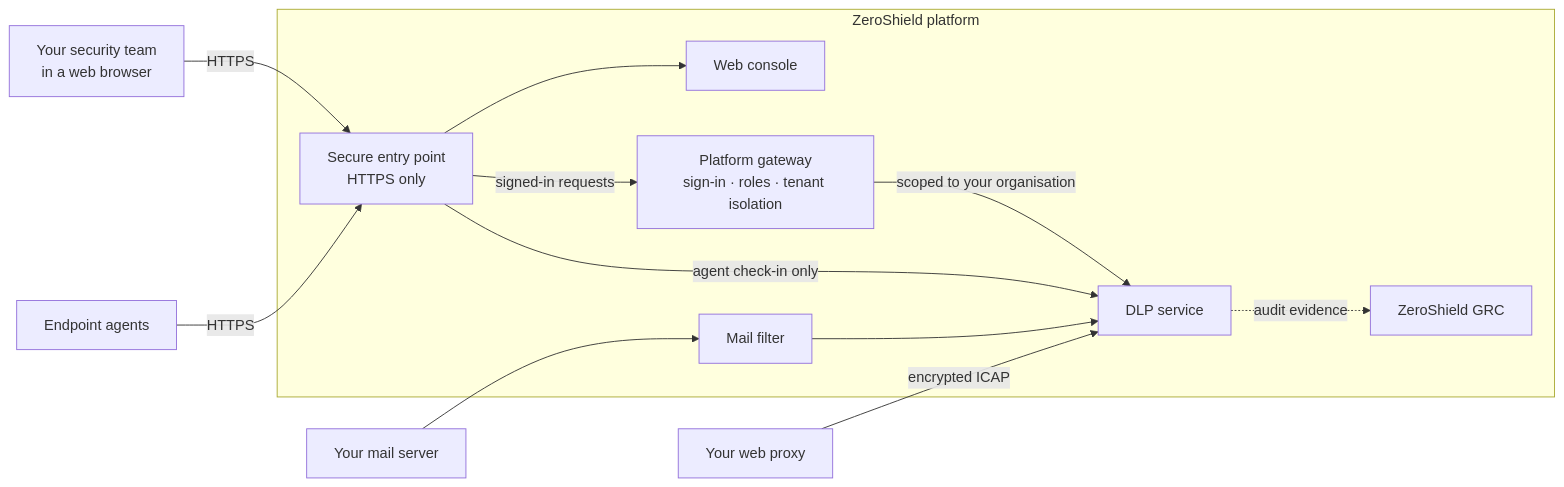
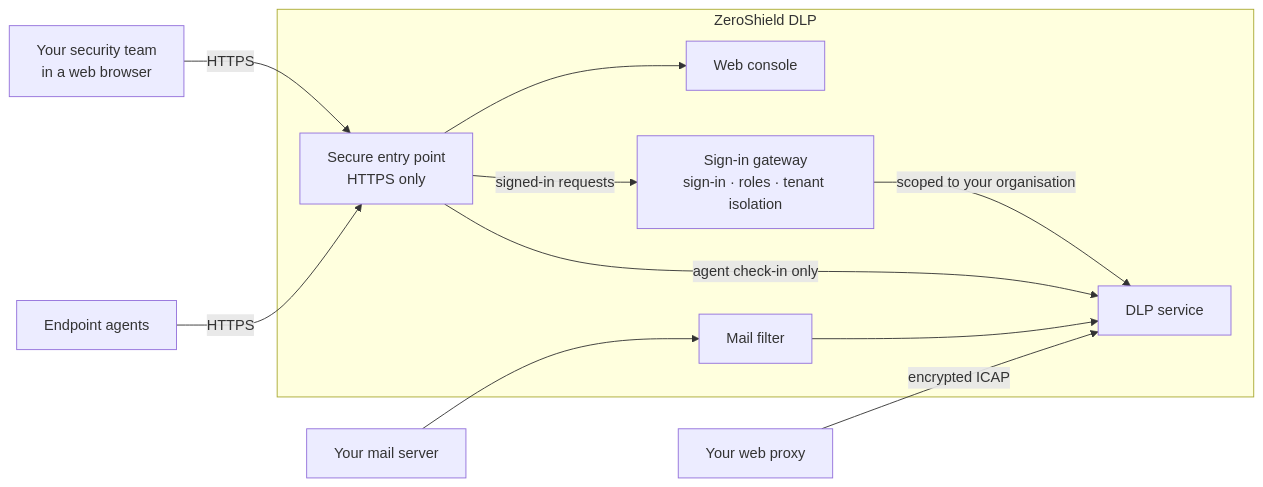
Before and after one commit to nikit-cyberultron/ZeroShield-DLP-Public: the fifth of 8 diagrams in README.md, drawn with Mermaid. The commit also changed other lines of this file, not shown here.

Commit message:
docs: update public README for standalone ZeroShield DLP

````diff
--- a/README.md
+++ b/README.md
@@ -209,27 +208,25 @@
 ```mermaid
 flowchart LR
     Browser["Your security team<br/>in a web browser"]
     Agents["Endpoint agents"]
     WebProxy["Your web proxy"]
     MTA["Your mail server"]
 
-    subgraph Platform["ZeroShield platform"]
+    subgraph Product["ZeroShield DLP"]
         Entry["Secure entry point<br/>HTTPS only"]
         Console["Web console"]
-        Gateway["Platform gateway<br/>sign-in · roles · tenant isolation"]
+        Gateway["Sign-in gateway<br/>sign-in · roles · tenant isolation"]
         DLP["DLP service"]
         MailFilter["Mail filter"]
-        GRC["ZeroShield GRC"]
     end
 
     Browser -->|"HTTPS"| Entry
     Agents -->|"HTTPS"| Entry
     Entry --> Console
     Entry -->|"signed-in requests"| Gateway
     Entry -->|"agent check-in only"| DLP
     Gateway -->|"scoped to your organisation"| DLP
     WebProxy -->|"encrypted ICAP"| DLP
     MTA --> MailFilter
     MailFilter --> DLP
-    DLP -.->|"audit evidence"| GRC
 ```
````
